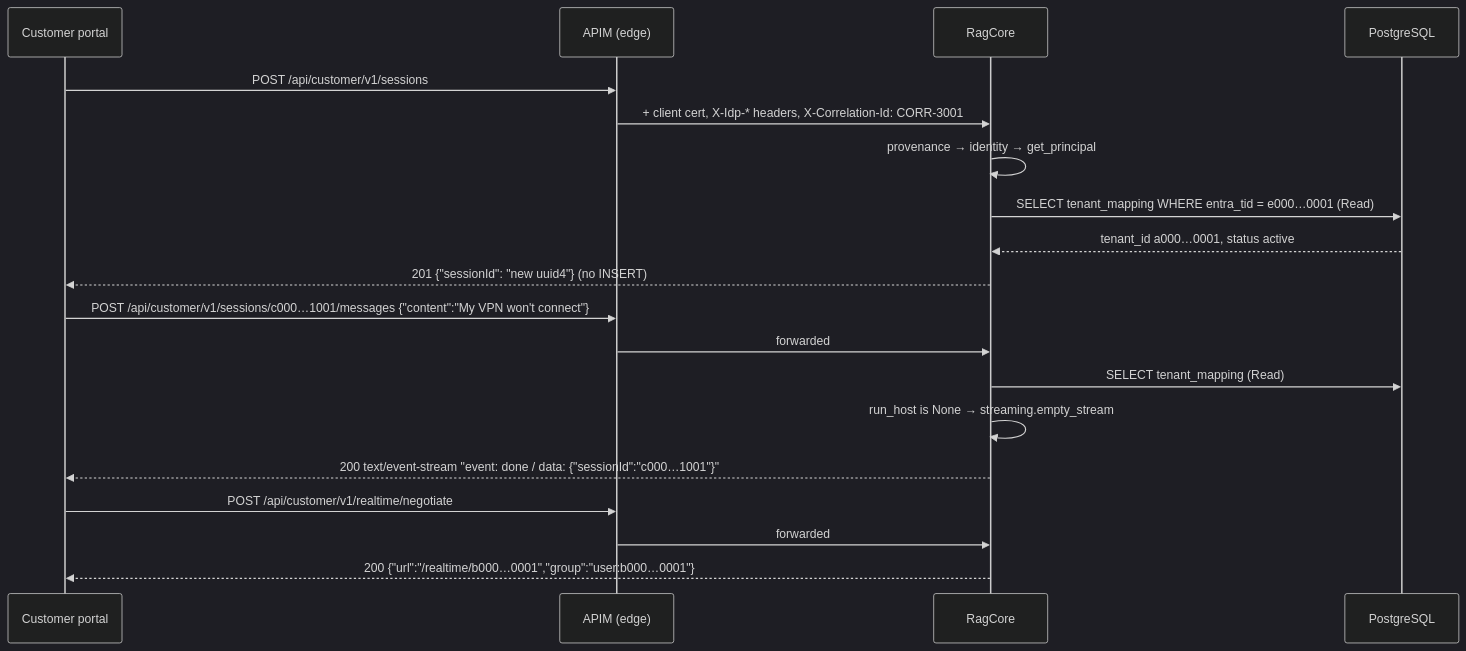
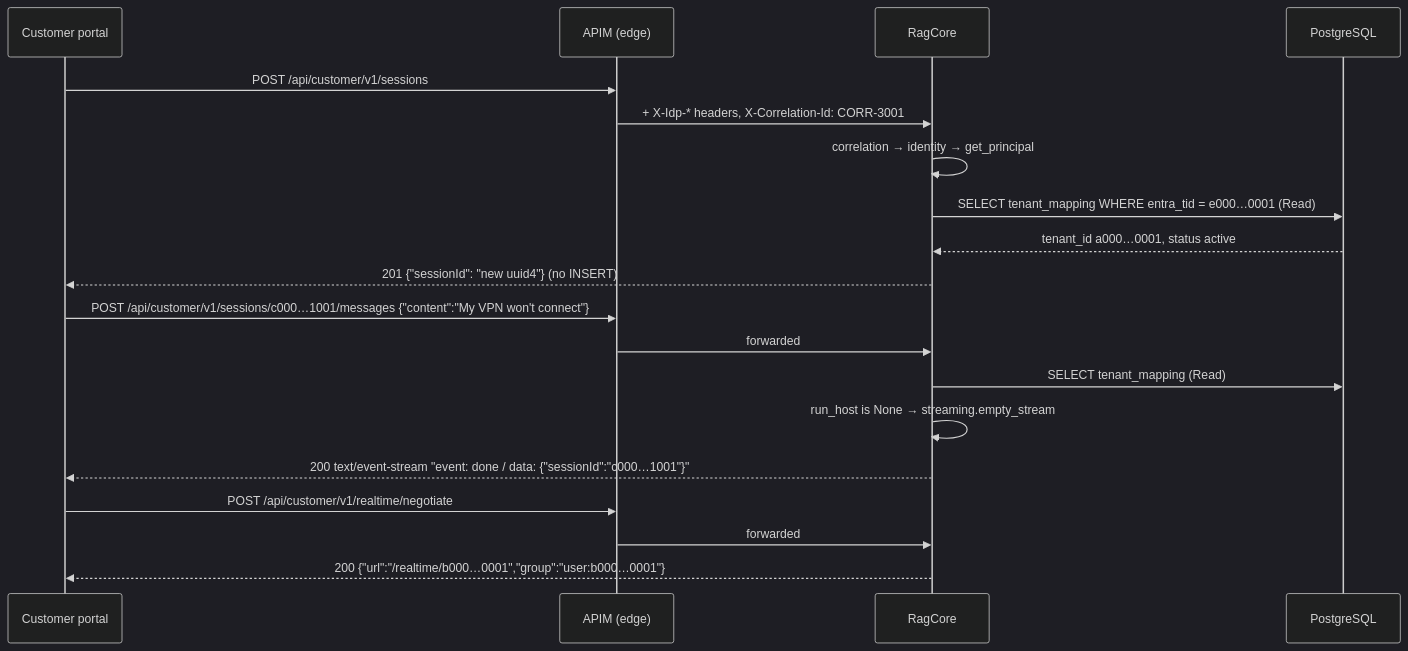
The first of 6 diagrams in docs/current-implementation/scenarios.md (kotharinilay/itsm-poc), drawn with Mermaid (dark theme) before and after one commit. The commit also changed other lines of this file and 1 other file, not shown here.

First line of the commit message:
docs: drop gateway provenance from the current-implementation docs

````diff
--- a/docs/current-implementation/scenarios.md
+++ b/docs/current-implementation/scenarios.md
@@ -108,21 +110,21 @@
 ```mermaid
 sequenceDiagram
   participant C as Customer portal
   participant G as APIM (edge)
   participant R as RagCore
   participant DB as PostgreSQL
   C->>G: POST /api/customer/v1/sessions
-  G->>R: + client cert, X-Idp-* headers, X-Correlation-Id: CORR-3001
-  R->>R: provenance → identity → get_principal
+  G->>R: + X-Idp-* headers, X-Correlation-Id: CORR-3001
+  R->>R: correlation → identity → get_principal
   R->>DB: SELECT tenant_mapping WHERE entra_tid = e000…0001  (Read)
   DB-->>R: tenant_id a000…0001, status active
   R-->>C: 201 {"sessionId": "new uuid4"}   (no INSERT)
   C->>G: POST /api/customer/v1/sessions/c000…1001/messages {"content":"My VPN won't connect"}
   G->>R: forwarded
   R->>DB: SELECT tenant_mapping (Read)
   R->>R: run_host is None → streaming.empty_stream
   R-->>C: 200 text/event-stream  "event: done / data: {"sessionId":"c000…1001"}"
   C->>G: POST /api/customer/v1/realtime/negotiate
   G->>R: forwarded
   R-->>C: 200 {"url":"/realtime/b000…0001","group":"user:b000…0001"}
 ```
````
